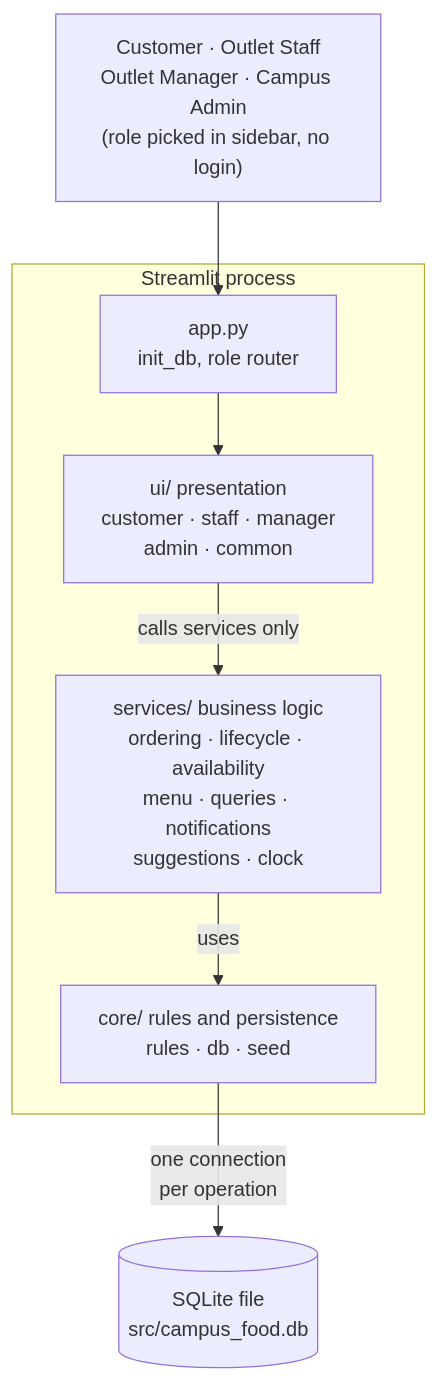
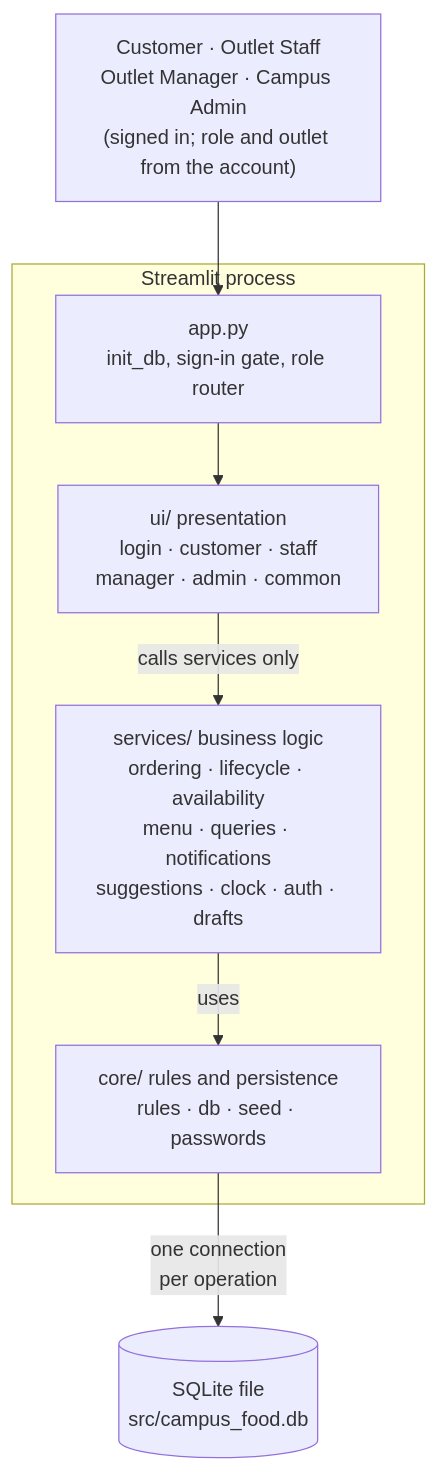
The first of 6 diagrams in docs/requirements and design/architecture.md (s1darthvader/microsoft_hackathon), drawn with Mermaid before and after one commit. The commit also changed other lines of this file and 44 other files, not shown here.

````diff
--- a/docs/requirements and design/architecture.md
+++ b/docs/requirements and design/architecture.md
@@ -13,19 +13,19 @@
 ```mermaid
 flowchart TB
-    users["Customer · Outlet Staff<br/>Outlet Manager · Campus Admin<br/>(role picked in sidebar, no login)"]
+    users["Customer · Outlet Staff<br/>Outlet Manager · Campus Admin<br/>(signed in; role and outlet from the account)"]
 
     subgraph proc["Streamlit process"]
-        app["app.py<br/>init_db, role router"]
-        ui["ui/ presentation<br/>customer · staff · manager<br/>admin · common"]
-        services["services/ business logic<br/>ordering · lifecycle · availability<br/>menu · queries · notifications<br/>suggestions · clock"]
-        core["core/ rules and persistence<br/>rules · db · seed"]
+        app["app.py<br/>init_db, sign-in gate, role router"]
+        ui["ui/ presentation<br/>login · customer · staff<br/>manager · admin · common"]
+        services["services/ business logic<br/>ordering · lifecycle · availability<br/>menu · queries · notifications<br/>suggestions · clock · auth · drafts"]
+        core["core/ rules and persistence<br/>rules · db · seed · passwords"]
     end
 
     file[("SQLite file<br/>src/campus_food.db")]
 
     users --> app
     app --> ui
     ui -->|"calls services only"| services
     services -->|"uses"| core
     core -->|"one connection<br/>per operation"| file
 ```
````
